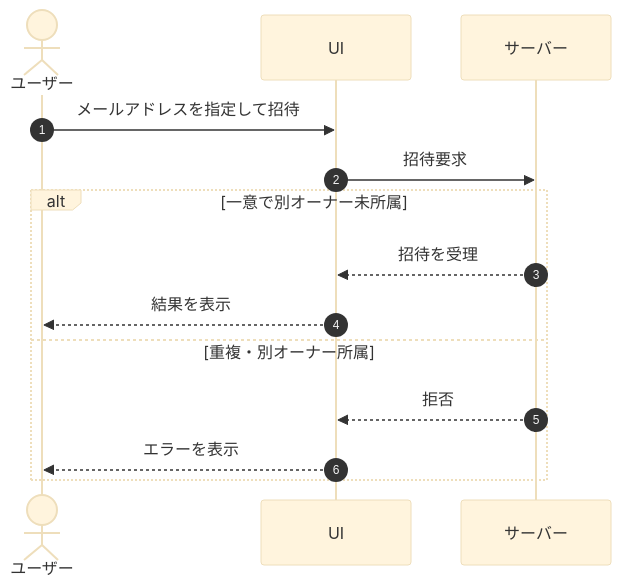
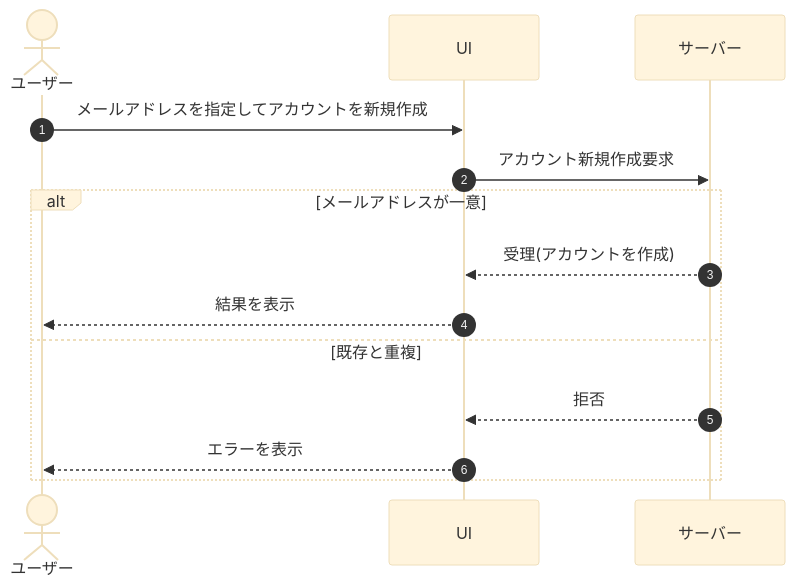
Before and after one commit to sikakou54/open-faq: diagram 50 of 60 in 01_requirements/02_functional_requirement/01_account-fr.md, drawn with Mermaid (base theme). The commit also changed other lines of this file and 294 other files, not shown here.

````diff
--- a/01_requirements/02_functional_requirement/01_account-fr.md
+++ b/01_requirements/02_functional_requirement/01_account-fr.md
@@ -1382,16 +1383,16 @@
 ```mermaid
 sequenceDiagram
   autonumber
   actor U as ユーザー
   participant UI as UI
   participant S as サーバー
-  U->>UI: メールアドレスを指定して招待
-  UI->>S: 招待要求
-  alt 一意で別オーナー未所属
-    S-->>UI: 招待を受理
+  U->>UI: メールアドレスを指定してアカウントを新規作成
+  UI->>S: アカウント新規作成要求
+  alt メールアドレスが一意
+    S-->>UI: 受理(アカウントを作成)
     UI-->>U: 結果を表示
-  else 重複・別オーナー所属
+  else 既存と重複
     S-->>UI: 拒否
     UI-->>U: エラーを表示
   end
 ```
````
